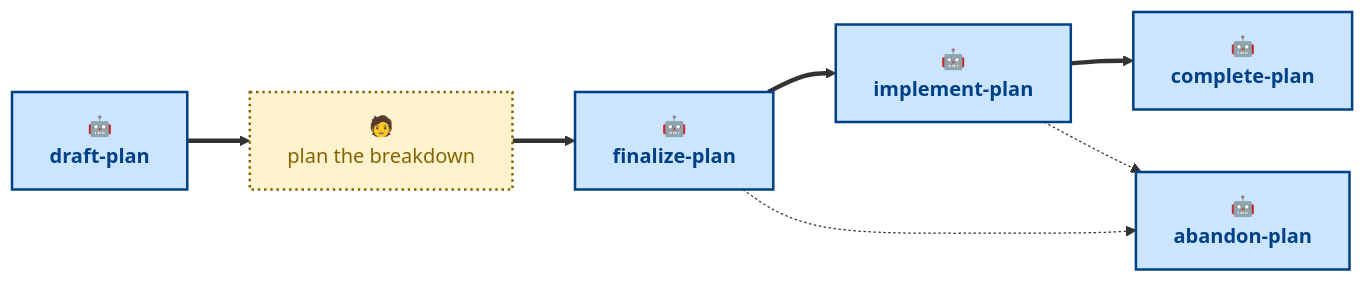
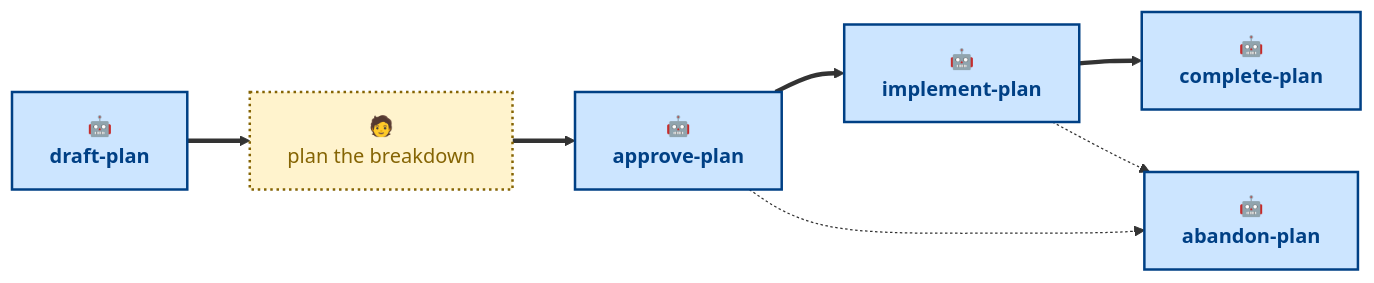
Before and after one commit to kieranpotts/plans: the diagram in .agents/skills/README.md, drawn with Mermaid. The commit also changed other lines of this file and 3 other files, not shown here.

Commit message:
chore: rename finalize-plan -> approve-plan

````diff
--- a/.agents/skills/README.md
+++ b/.agents/skills/README.md
@@ -30,20 +30,20 @@
 ```mermaid
 flowchart LR
   draft["🤖<br/><b>draft-plan</b>"]:::agentic
   write["🧑<br/>plan the breakdown"]:::anthropic
-  finalize["🤖<br/><b>finalize-plan</b>"]:::agentic
+  approve["🤖<br/><b>approve-plan</b>"]:::agentic
   implement["🤖<br/><b>implement-plan</b>"]:::agentic
   complete["🤖<br/><b>complete-plan</b>"]:::agentic
   abandon["🤖<br/><b>abandon-plan</b>"]:::agentic
 
   draft ==> write
-  write ==> finalize
-  finalize ==> implement
+  write ==> approve
+  approve ==> implement
   implement ==> complete
-  finalize -.-> abandon
+  approve -.-> abandon
   implement -.-> abandon
 
   classDef agentic fill:#cce5ff,stroke:#004085,color:#004085,stroke-width:2px
   classDef scripted fill:#e2e3e5,stroke:#4b5157,color:#383d41,stroke-width:2px
   classDef anthropic fill:#fff3cd,stroke:#856404,color:#856404,stroke-width:2px,stroke-dasharray:2 3
 ```
````
